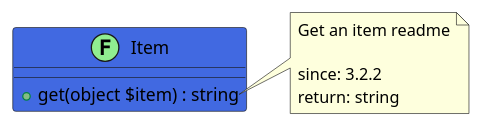
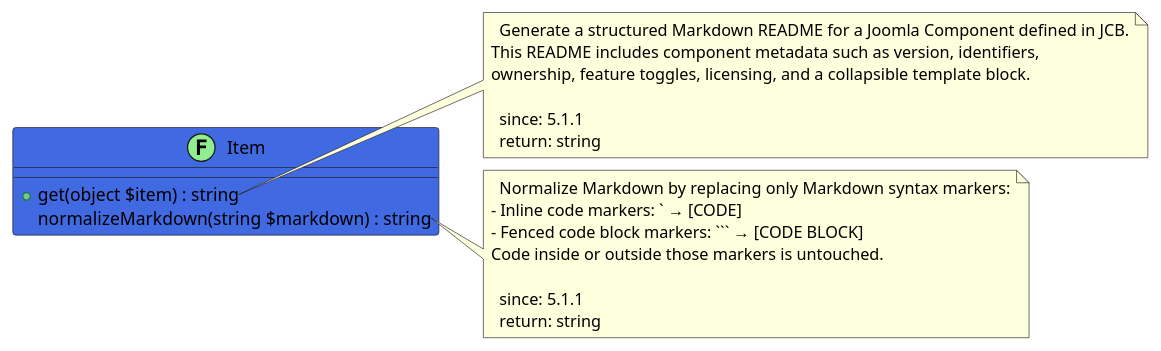
Before and after one commit to joomengine/jcb-packager: the diagram in src/6104ed69-3b73-4f40-888c-16a9f957d310/README.md, drawn with PlantUML. The commit also changed other lines of this file and 498 other files, not shown here.

````diff
--- a/src/6104ed69-3b73-4f40-888c-16a9f957d310/README.md
+++ b/src/6104ed69-3b73-4f40-888c-16a9f957d310/README.md
@@ -12,15 +5,29 @@
 ```uml
 @startuml
+
 class Item << (F,LightGreen) >> #RoyalBlue {
   + get(object $item) : string
+   normalizeMarkdown(string $markdown) : string
 }
 
 note right of Item::get
-  Get an item readme
+  Generate a structured Markdown README for a Joomla Component defined in JCB.
+This README includes component metadata such as version, identifiers,
+ownership, feature toggles, licensing, and a collapsible template block.
 
-  since: 3.2.2
+  since: 5.1.1
   return: string
 end note
- 
+
+note right of Item::normalizeMarkdown
+  Normalize Markdown by replacing only Markdown syntax markers:
+- Inline code markers: ` → [CODE]
+- Fenced code block markers: ``` → [CODE BLOCK]
+Code inside or outside those markers is untouched.
+
+  since: 5.1.1
+  return: string
+end note
+
 @enduml
 ```
````
